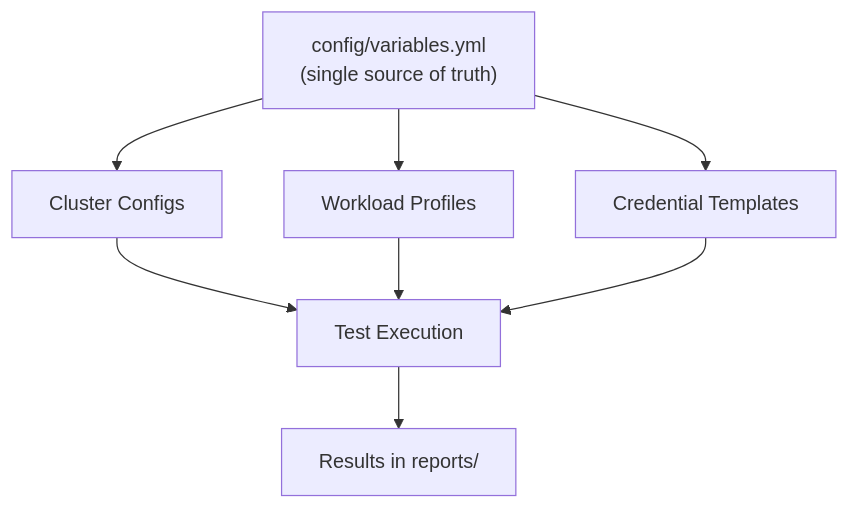
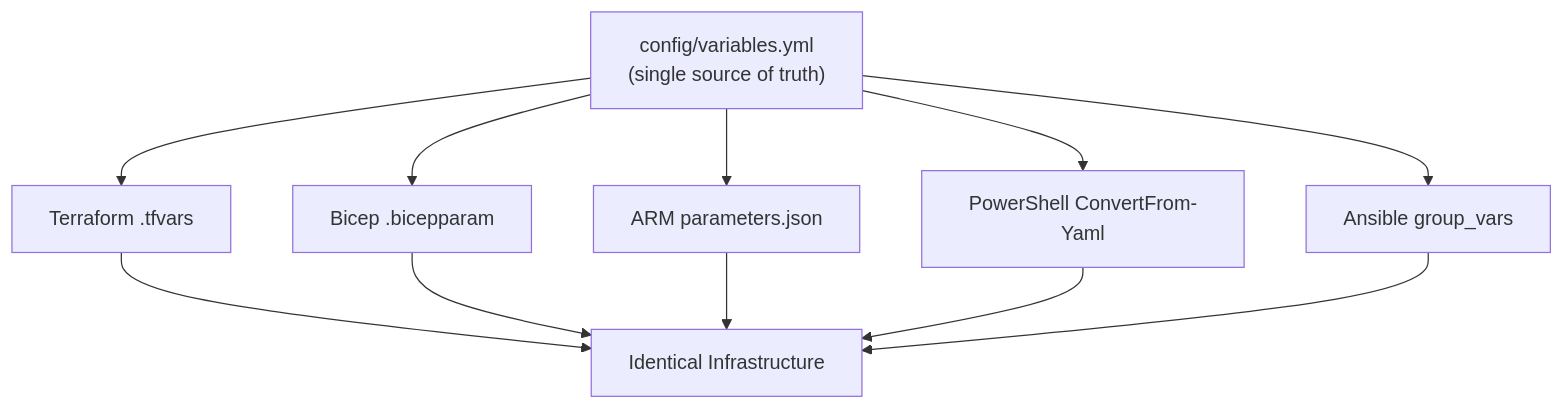
One commit to AzureLocal/azurelocal-loadtools changed the diagram in docs/standards/automation.md. Above: the diagram before and after it, drawn with Mermaid. The commit also changed other lines of this file and 8 other files, not shown here.

````diff
--- a/docs/standards/automation.md
+++ b/docs/standards/automation.md
@@ -17,10 +17,13 @@
 ```mermaid
 flowchart TB
-    A["config/variables.yml<br/>(single source of truth)"] --> B[Cluster Configs]
-    A --> C[Workload Profiles]
-    A --> D[Credential Templates]
-    B --> E[Test Execution]
-    C --> E
-    D --> E
-    E --> F[Results in reports/]
+    A["config/variables.yml<br/>(single source of truth)"] --> B[Terraform .tfvars]
+    A --> C[Bicep .bicepparam]
+    A --> D[ARM parameters.json]
+    A --> E[PowerShell ConvertFrom-Yaml]
+    A --> F[Ansible group_vars]
+    B --> G[Identical Infrastructure]
+    C --> G
+    D --> G
+    E --> G
+    F --> G
 ```
````
